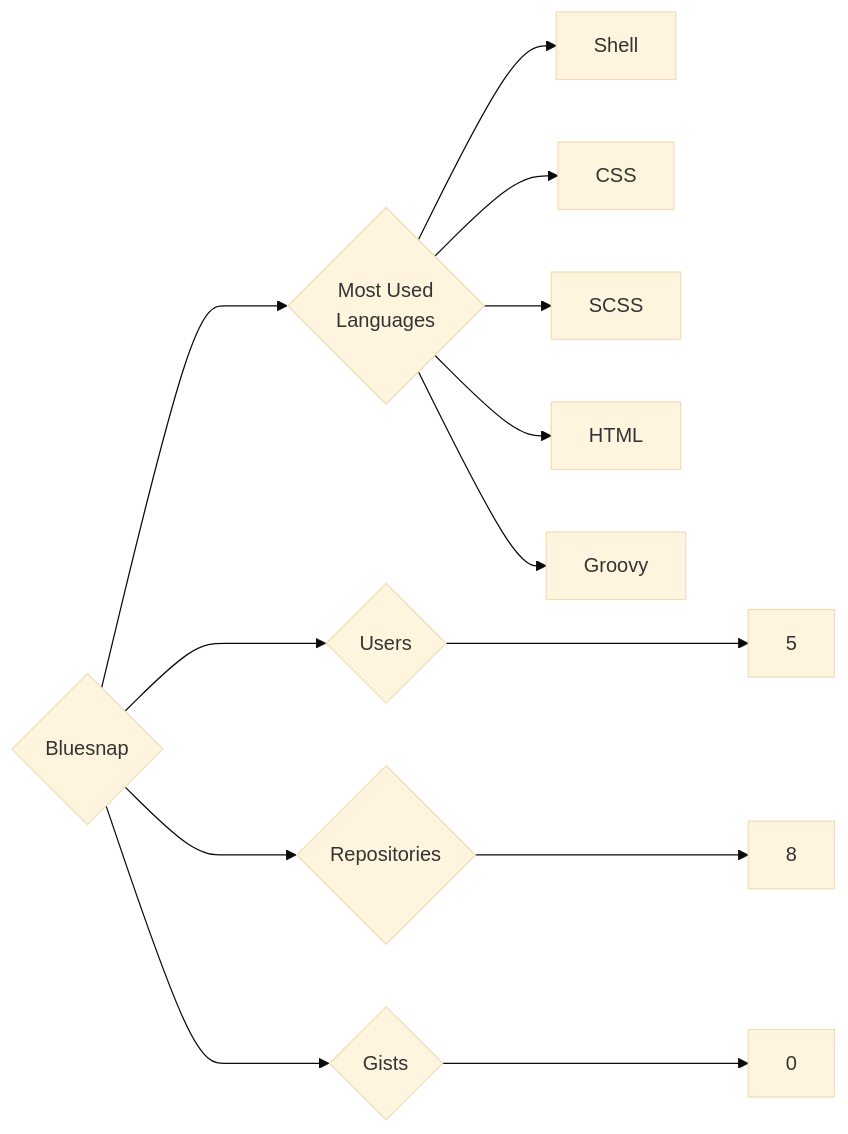
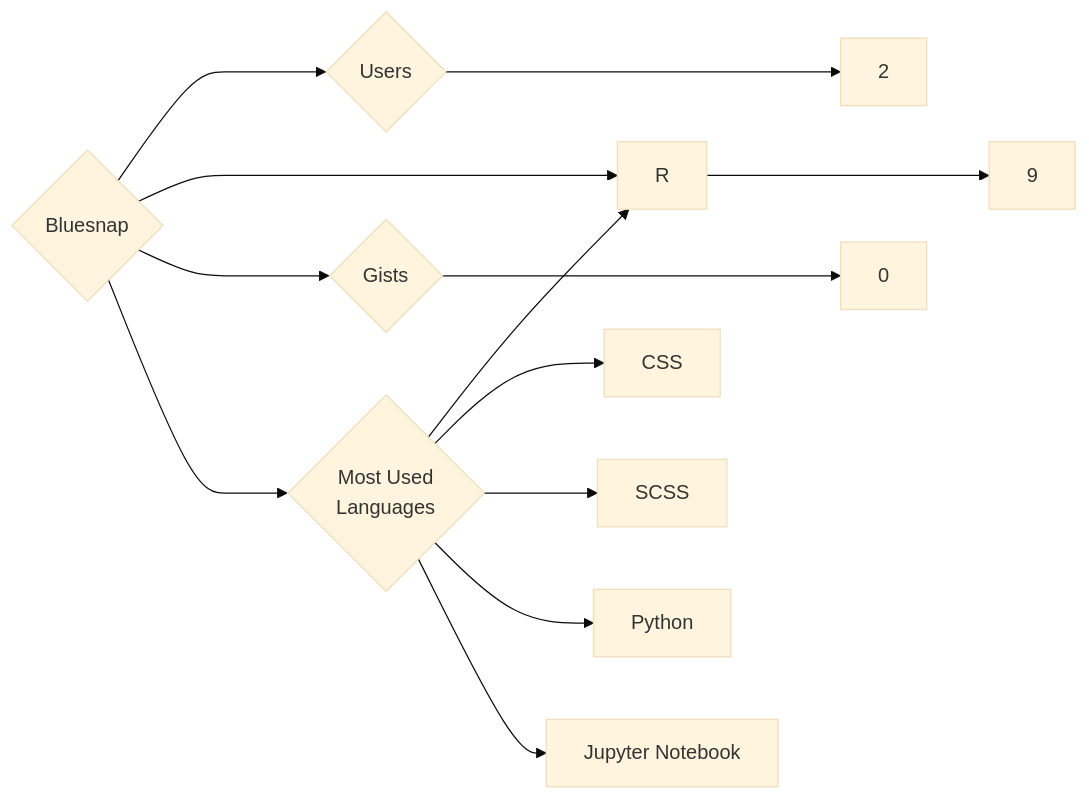
Before and after one commit to trickest/insiders: the diagram in targets/Bluesnap/README.md, drawn with Mermaid (base theme). The commit also changed 930 other files, not shown here.

````diff
--- a/targets/Bluesnap/README.md
+++ b/targets/Bluesnap/README.md
@@ -3,13 +3,13 @@
 ```mermaid
 graph LR
 COMPANY_NAME{Bluesnap}
-COMPANY_NAME ---> U{Users} ---> UN[5]
-COMPANY_NAME ---> R{Repositories} ---> RN[8]
+COMPANY_NAME ---> U{Users} ---> UN[2]
+COMPANY_NAME ---> R{Repositories} ---> RN[9]
 COMPANY_NAME ---> G{Gists} ---> GN[0]
 COMPANY_NAME ---> ML{Most Used<br>Languages}
-ML --> Shell[Shell]
+ML --> R[R]
 ML --> CSS[CSS]
 ML --> SCSS[SCSS]
-ML --> HTML[HTML]
-ML --> Groovy[Groovy]
+ML --> Python[Python]
+ML --> Jupyter_Notebook[Jupyter Notebook]
 ```
````
